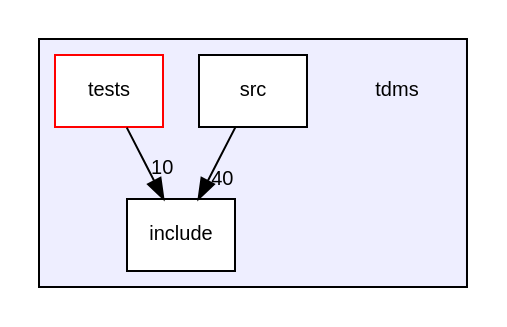
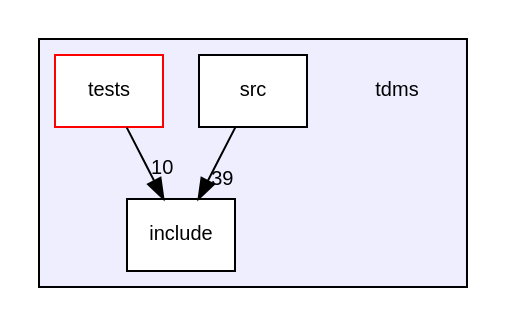
The diagram in dir_dfaedd75726dc0f14b5d7f96fe9da9ad_dep.dot (UCL/TDMS), drawn with Graphviz before and after one commit. The commit also changed 145 other files, not shown here.

```diff
--- a/dir_dfaedd75726dc0f14b5d7f96fe9da9ad_dep.dot
+++ b/dir_dfaedd75726dc0f14b5d7f96fe9da9ad_dep.dot
@@ -1,14 +1,14 @@
 digraph "tdms" {
   compound=true
   node [ fontsize="10", fontname="Helvetica"];
   edge [ labelfontsize="10", labelfontname="Helvetica"];
   subgraph clusterdir_dfaedd75726dc0f14b5d7f96fe9da9ad {
     graph [ bgcolor="#eeeeff", pencolor="black", label="" URL="dir_dfaedd75726dc0f14b5d7f96fe9da9ad.html"];
     dir_dfaedd75726dc0f14b5d7f96fe9da9ad [shape=plaintext label="tdms"];
     dir_31151eb6fe72a8c6f09675be35b4e99c [shape=box label="include" color="black" fillcolor="white" style="filled" URL="dir_31151eb6fe72a8c6f09675be35b4e99c.html"];
     dir_31743c9f8cb9d8e1833bb08943f9ef81 [shape=box label="src" color="black" fillcolor="white" style="filled" URL="dir_31743c9f8cb9d8e1833bb08943f9ef81.html"];
     dir_99e68cfdfe0514ef618d04f980ae72d7 [shape=box label="tests" color="red" fillcolor="white" style="filled" URL="dir_99e68cfdfe0514ef618d04f980ae72d7.html"];
   }
-  dir_31743c9f8cb9d8e1833bb08943f9ef81->dir_31151eb6fe72a8c6f09675be35b4e99c [headlabel="40", labeldistance=1.5 headhref="dir_000003_000002.html"];
+  dir_31743c9f8cb9d8e1833bb08943f9ef81->dir_31151eb6fe72a8c6f09675be35b4e99c [headlabel="39", labeldistance=1.5 headhref="dir_000003_000002.html"];
   dir_99e68cfdfe0514ef618d04f980ae72d7->dir_31151eb6fe72a8c6f09675be35b4e99c [headlabel="10", labeldistance=1.5 headhref="dir_000004_000002.html"];
 }
```
